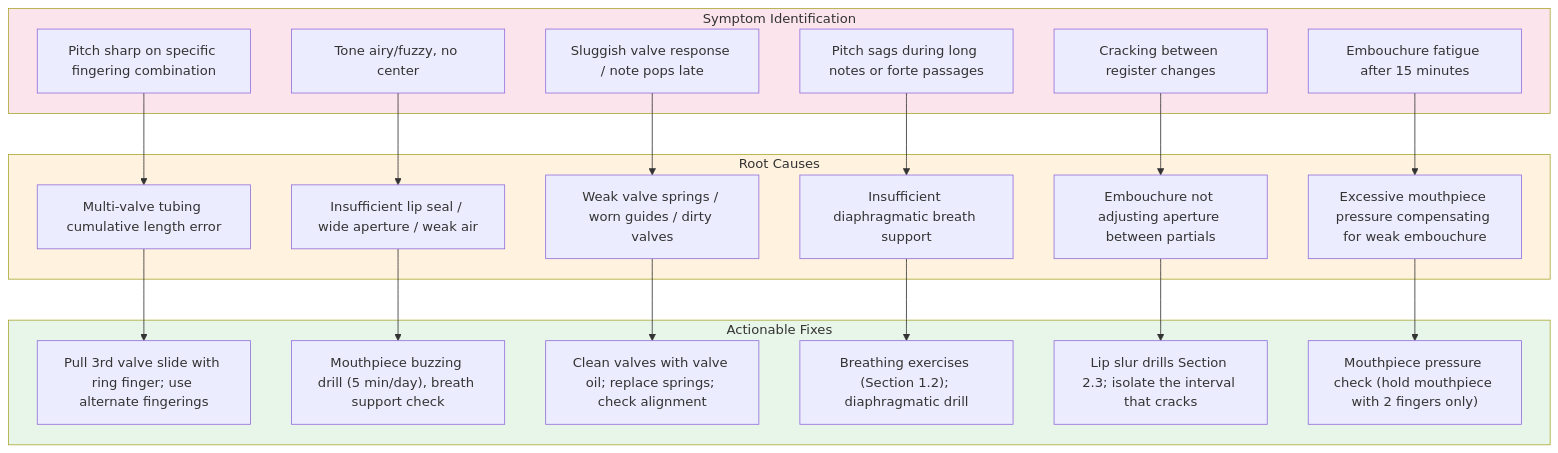
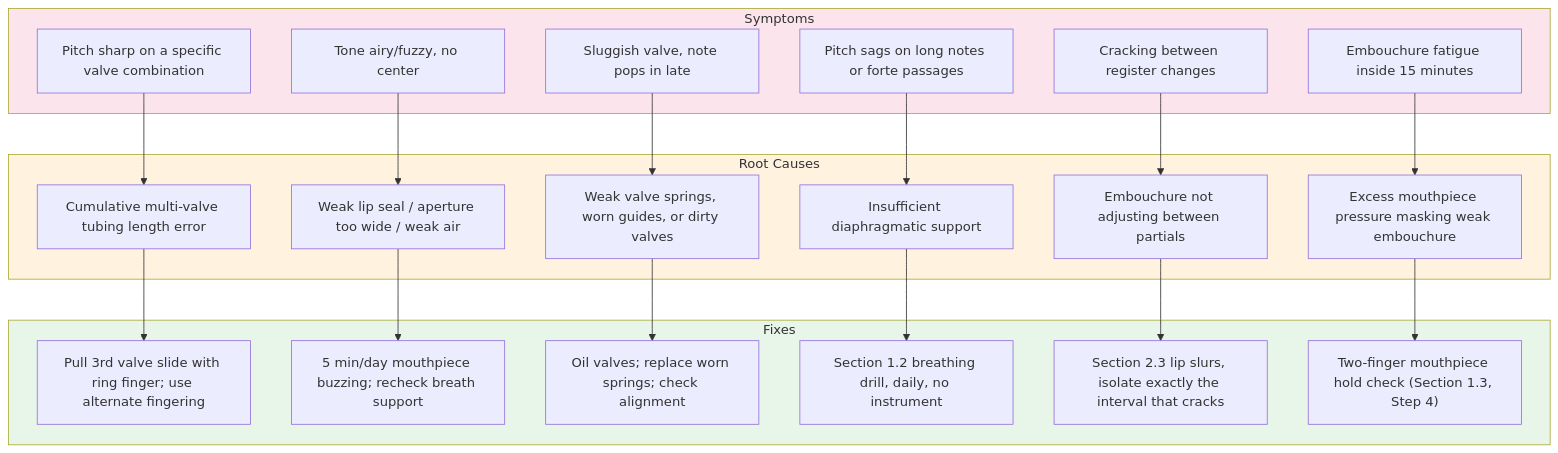
One commit to blebleblee/synapse changed the fourth of 4 diagrams in topics/arts/music_performance/brass/labs.md. Above: the diagram before and after it, drawn with Mermaid. The commit also changed other lines of this file and 4 other files, not shown here.

````diff
--- a/topics/arts/music_performance/brass/labs.md
+++ b/topics/arts/music_performance/brass/labs.md
@@ -1312,38 +541,38 @@
 ```mermaid
 flowchart TD
-    subgraph sub_symptoms ["Symptom Identification"]
-        SYM1["Pitch sharp on specific fingering combination"]
+    subgraph sub_symptoms ["Symptoms"]
+        SYM1["Pitch sharp on a specific valve combination"]
         SYM2["Tone airy/fuzzy, no center"]
-        SYM3["Sluggish valve response / note pops late"]
-        SYM4["Pitch sags during long notes or forte passages"]
+        SYM3["Sluggish valve, note pops in late"]
+        SYM4["Pitch sags on long notes or forte passages"]
         SYM5["Cracking between register changes"]
-        SYM6["Embouchure fatigue after 15 minutes"]
+        SYM6["Embouchure fatigue inside 15 minutes"]
     end
     subgraph sub_causes ["Root Causes"]
-        C1["Multi-valve tubing cumulative length error"]
-        C2["Insufficient lip seal / wide aperture / weak air"]
-        C3["Weak valve springs / worn guides / dirty valves"]
-        C4["Insufficient diaphragmatic breath support"]
-        C5["Embouchure not adjusting aperture between partials"]
-        C6["Excessive mouthpiece pressure compensating for weak embouchure"]
+        C1["Cumulative multi-valve tubing length error"]
+        C2["Weak lip seal / aperture too wide / weak air"]
+        C3["Weak valve springs, worn guides, or dirty valves"]
+        C4["Insufficient diaphragmatic support"]
+        C5["Embouchure not adjusting between partials"]
+        C6["Excess mouthpiece pressure masking weak embouchure"]
     end
-    subgraph sub_fixes ["Actionable Fixes"]
-        F1["Pull 3rd valve slide with ring finger; use alternate fingerings"]
-        F2["Mouthpiece buzzing drill (5 min/day), breath support check"]
-        F3["Clean valves with valve oil; replace springs; check alignment"]
-        F4["Breathing exercises (Section 1.2); diaphragmatic drill"]
-        F5["Lip slur drills Section 2.3; isolate the interval that cracks"]
-        F6["Mouthpiece pressure check (hold mouthpiece with 2 fingers only)"]
+    subgraph sub_fixes ["Fixes"]
+        F1["Pull 3rd valve slide with ring finger; use alternate fingering"]
+        F2["5 min/day mouthpiece buzzing; recheck breath support"]
+        F3["Oil valves; replace worn springs; check alignment"]
+        F4["Section 1.2 breathing drill, daily, no instrument"]
+        F5["Section 2.3 lip slurs, isolate exactly the interval that cracks"]
+        F6["Two-finger mouthpiece hold check (Section 1.3, Step 4)"]
     end
 
     SYM1 --> C1 --> F1
     SYM2 --> C2 --> F2
     SYM3 --> C3 --> F3
     SYM4 --> C4 --> F4
     SYM5 --> C5 --> F5
     SYM6 --> C6 --> F6
 
     style sub_symptoms fill:#fce4ec
     style sub_causes fill:#fff3e0
     style sub_fixes fill:#e8f5e9
 ```
````
